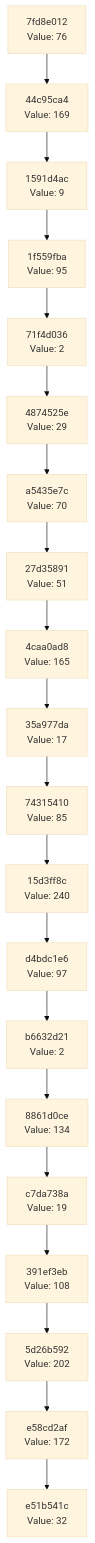
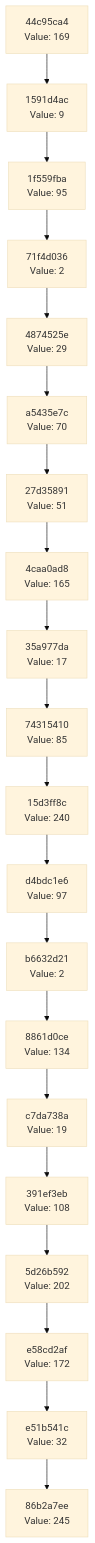
The diagram in docs/CHAIN_VISUALIZATION.md (Abhisheksinha1506/hash-chain-evolver), drawn with Mermaid (base theme) before and after one commit. The commit also changed 3 other files, not shown here.

````diff
--- a/docs/CHAIN_VISUALIZATION.md
+++ b/docs/CHAIN_VISUALIZATION.md
@@ -3,42 +3,42 @@
 ```mermaid
 graph TD
-    C0["e51b541c<br/>Value: 32"]
-    C1["e58cd2af<br/>Value: 172"]
+    C0["86b2a7ee<br/>Value: 245"]
+    C1["e51b541c<br/>Value: 32"]
     C1 --> C0
-    C2["5d26b592<br/>Value: 202"]
+    C2["e58cd2af<br/>Value: 172"]
     C2 --> C1
-    C3["391ef3eb<br/>Value: 108"]
+    C3["5d26b592<br/>Value: 202"]
     C3 --> C2
-    C4["c7da738a<br/>Value: 19"]
+    C4["391ef3eb<br/>Value: 108"]
     C4 --> C3
-    C5["8861d0ce<br/>Value: 134"]
+    C5["c7da738a<br/>Value: 19"]
     C5 --> C4
-    C6["b6632d21<br/>Value: 2"]
+    C6["8861d0ce<br/>Value: 134"]
     C6 --> C5
-    C7["d4bdc1e6<br/>Value: 97"]
+    C7["b6632d21<br/>Value: 2"]
     C7 --> C6
-    C8["15d3ff8c<br/>Value: 240"]
+    C8["d4bdc1e6<br/>Value: 97"]
     C8 --> C7
-    C9["74315410<br/>Value: 85"]
+    C9["15d3ff8c<br/>Value: 240"]
     C9 --> C8
-    C10["35a977da<br/>Value: 17"]
+    C10["74315410<br/>Value: 85"]
     C10 --> C9
-    C11["4caa0ad8<br/>Value: 165"]
+    C11["35a977da<br/>Value: 17"]
     C11 --> C10
-    C12["27d35891<br/>Value: 51"]
+    C12["4caa0ad8<br/>Value: 165"]
     C12 --> C11
-    C13["a5435e7c<br/>Value: 70"]
+    C13["27d35891<br/>Value: 51"]
     C13 --> C12
-    C14["4874525e<br/>Value: 29"]
+    C14["a5435e7c<br/>Value: 70"]
     C14 --> C13
-    C15["71f4d036<br/>Value: 2"]
+    C15["4874525e<br/>Value: 29"]
     C15 --> C14
-    C16["1f559fba<br/>Value: 95"]
+    C16["71f4d036<br/>Value: 2"]
     C16 --> C15
-    C17["1591d4ac<br/>Value: 9"]
+    C17["1f559fba<br/>Value: 95"]
     C17 --> C16
-    C18["44c95ca4<br/>Value: 169"]
+    C18["1591d4ac<br/>Value: 9"]
     C18 --> C17
-    C19["7fd8e012<br/>Value: 76"]
+    C19["44c95ca4<br/>Value: 169"]
     C19 --> C18
 ```
````
